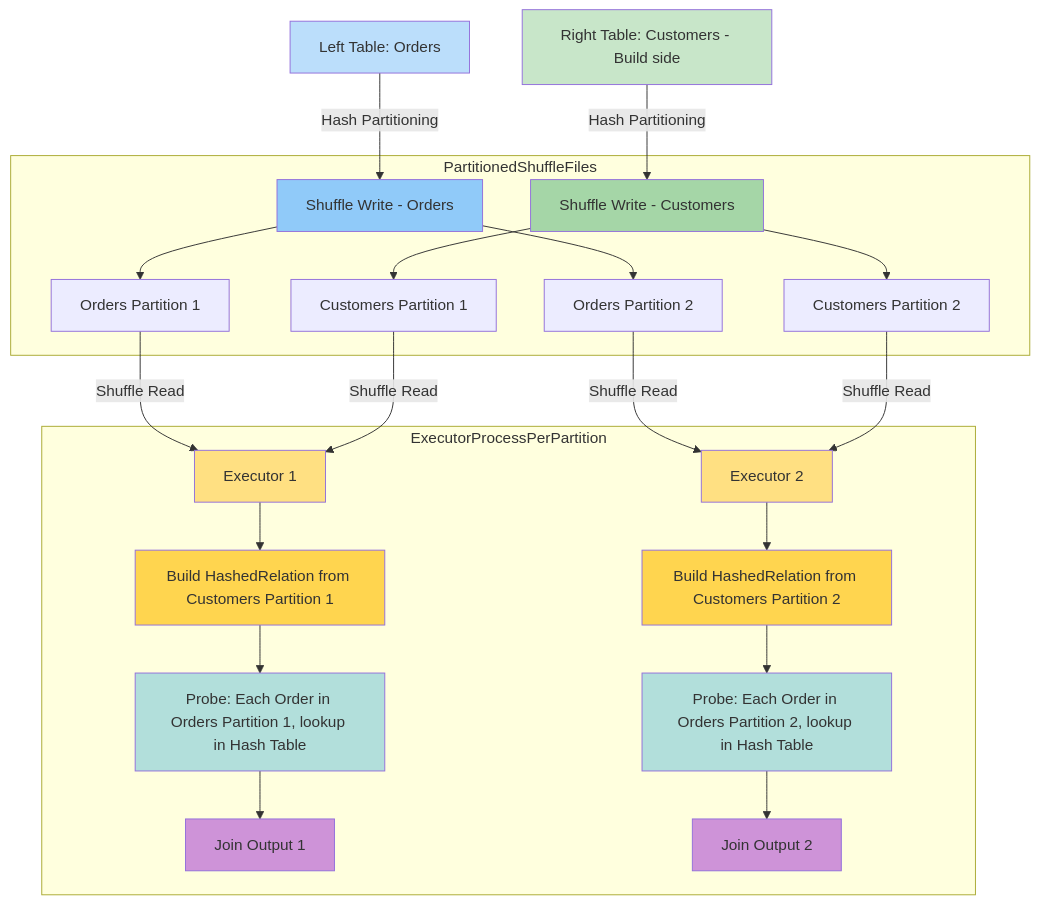
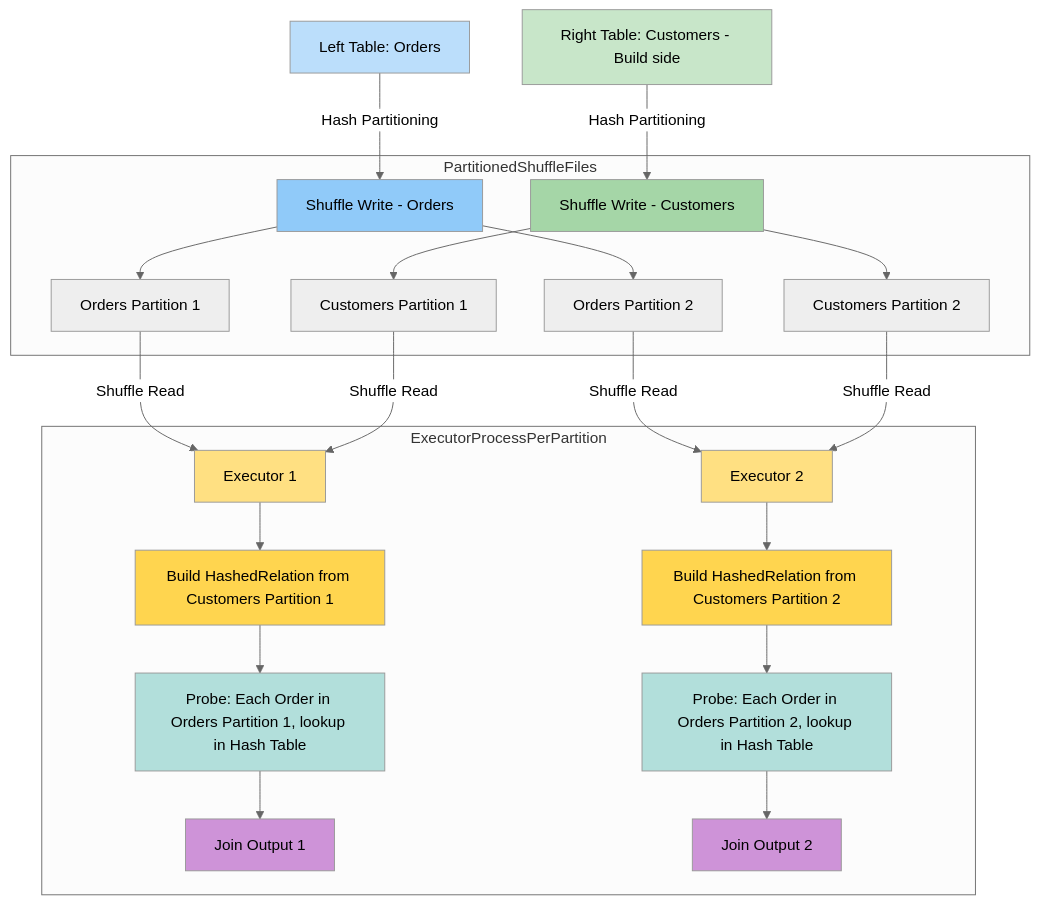
One commit to guptaakashdeep/Second-Brain changed the diagram in content/Internals of Shuffle Hash Join.md. Above: the diagram before and after it, drawn with Mermaid.

Commit message:
Quartz sync: Nov 2, 2025, 7:51 PM

````diff
--- a/content/Internals of Shuffle Hash Join.md
+++ b/content/Internals of Shuffle Hash Join.md
@@ -88,44 +88,48 @@
 ```mermaid
+---
+config:
+  theme: neutral
+---
 flowchart TD
 
 OrdersTable[Left Table: Orders] -- "Hash Partitioning" --> OrdersShuffleWrite[Shuffle Write - Orders]
 
 CustomersTable[Right Table: Customers - Build side] -- "Hash Partitioning" --> CustomersShuffleWrite[Shuffle Write - Customers]
 
   
 
 subgraph PartitionedShuffleFiles
 OrdersShuffleWrite --> OrdersPart1[Orders Partition 1]
 OrdersShuffleWrite --> OrdersPart2[Orders Partition 2]
 CustomersShuffleWrite --> CustPart1[Customers Partition 1]
 CustomersShuffleWrite --> CustPart2[Customers Partition 2]
 end
 
 OrdersPart1 -- "Shuffle Read" --> Exec1[Executor 1]
 CustPart1 -- "Shuffle Read" --> Exec1
 OrdersPart2 -- "Shuffle Read" --> Exec2[Executor 2]
 CustPart2 -- "Shuffle Read" --> Exec2
 
 subgraph ExecutorProcessPerPartition
 Exec1 --> Build1[Build HashedRelation from Customers Partition 1]
 Build1 --> Probe1[Probe: Each Order in Orders Partition 1, lookup in Hash Table]
 Probe1 --> JoinOut1[Join Output 1]
 
 Exec2 --> Build2[Build HashedRelation from Customers Partition 2]
 Build2 --> Probe2[Probe: Each Order in Orders Partition 2, lookup in Hash Table]
 Probe2 --> JoinOut2[Join Output 2]
 end
 
 style OrdersTable fill:#bbdefb
 style CustomersTable fill:#c8e6c9
 style OrdersShuffleWrite fill:#90caf9
 style CustomersShuffleWrite fill:#a5d6a7
 style Exec1 fill:#ffe082
 style Exec2 fill:#ffe082
 style Build1 fill:#ffd54f
 style Build2 fill:#ffd54f
 style Probe1 fill:#b2dfdb
 style Probe2 fill:#b2dfdb
 style JoinOut1 fill:#ce93d8
 style JoinOut2 fill:#ce93d8
 ```
````
